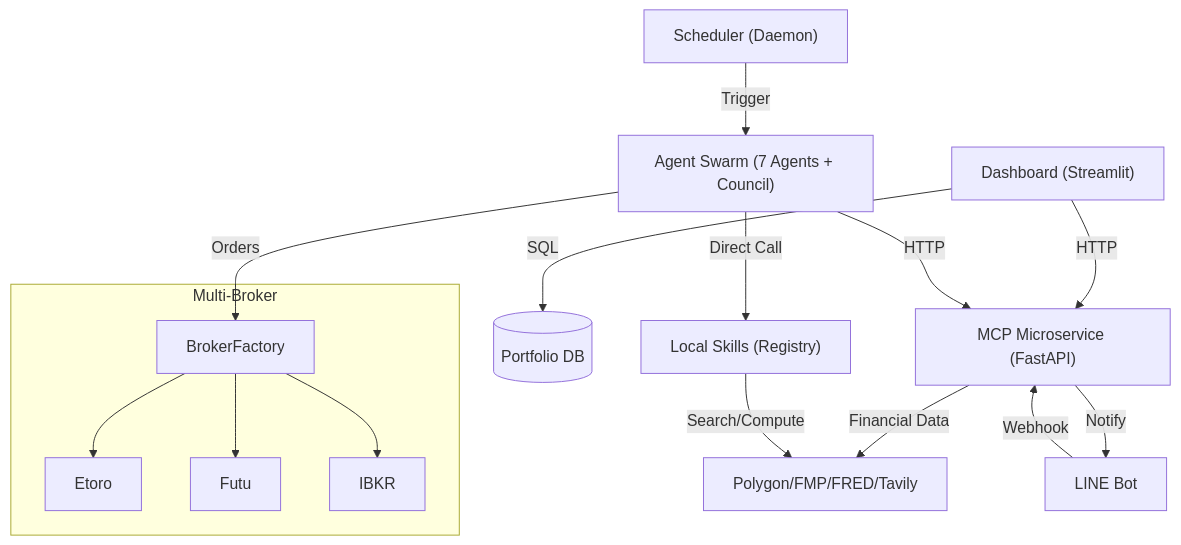
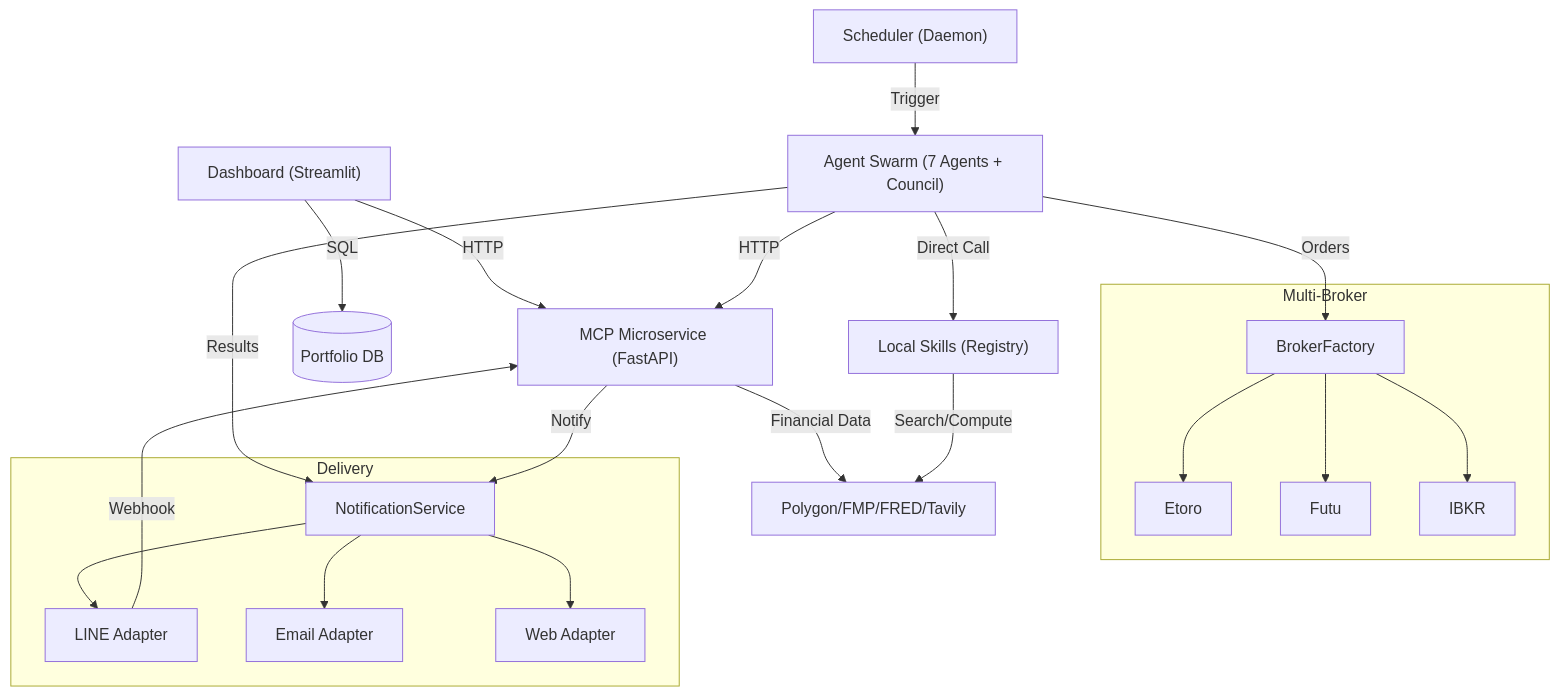
Before and after one commit to neohsiung/AI-Investment-Advisor: the first of 3 diagrams in wiki/04_架構觀點-Architect_Views/系統全景圖-System-Landscape.md, drawn with Mermaid. The commit also changed 55 other files, not shown here.

````diff
--- a/wiki/04_架構觀點-Architect_Views/系統全景圖-System-Landscape.md
+++ b/wiki/04_架構觀點-Architect_Views/系統全景圖-System-Landscape.md
@@ -39,18 +39,23 @@
 ```mermaid
 graph TD
     UI["Dashboard (Streamlit)"] -->|SQL| DB[(Portfolio DB)]
     UI -->|HTTP| MCP_Serv["MCP Microservice (FastAPI)"]
     Sch["Scheduler (Daemon)"] -->|Trigger| Agents["Agent Swarm (7 Agents + Council)"]
     Agents -->|Direct Call| Local["Local Skills (Registry)"]
     Agents -->|HTTP| MCP_Serv
     MCP_Serv -->|Financial Data| APIs[Polygon/FMP/FRED/Tavily]
     Local -->|Search/Compute| APIs
 
     subgraph "Multi-Broker"
         BF[BrokerFactory] --> ET[Etoro] & FU[Futu] & IK[IBKR]
     end
 
     Agents -->|Orders| BF
-    LINE[LINE Bot] -->|Webhook| MCP_Serv
-    MCP_Serv -->|Notify| LINE
+    subgraph "Delivery"
+        NS[NotificationService] --> LNA[LINE Adapter] & MA[Email Adapter] & WA[Web Adapter]
+    end
+
+    Agents -->|Results| NS
+    LNA -->|Webhook| MCP_Serv
+    MCP_Serv -->|Notify| NS
 ```
````
